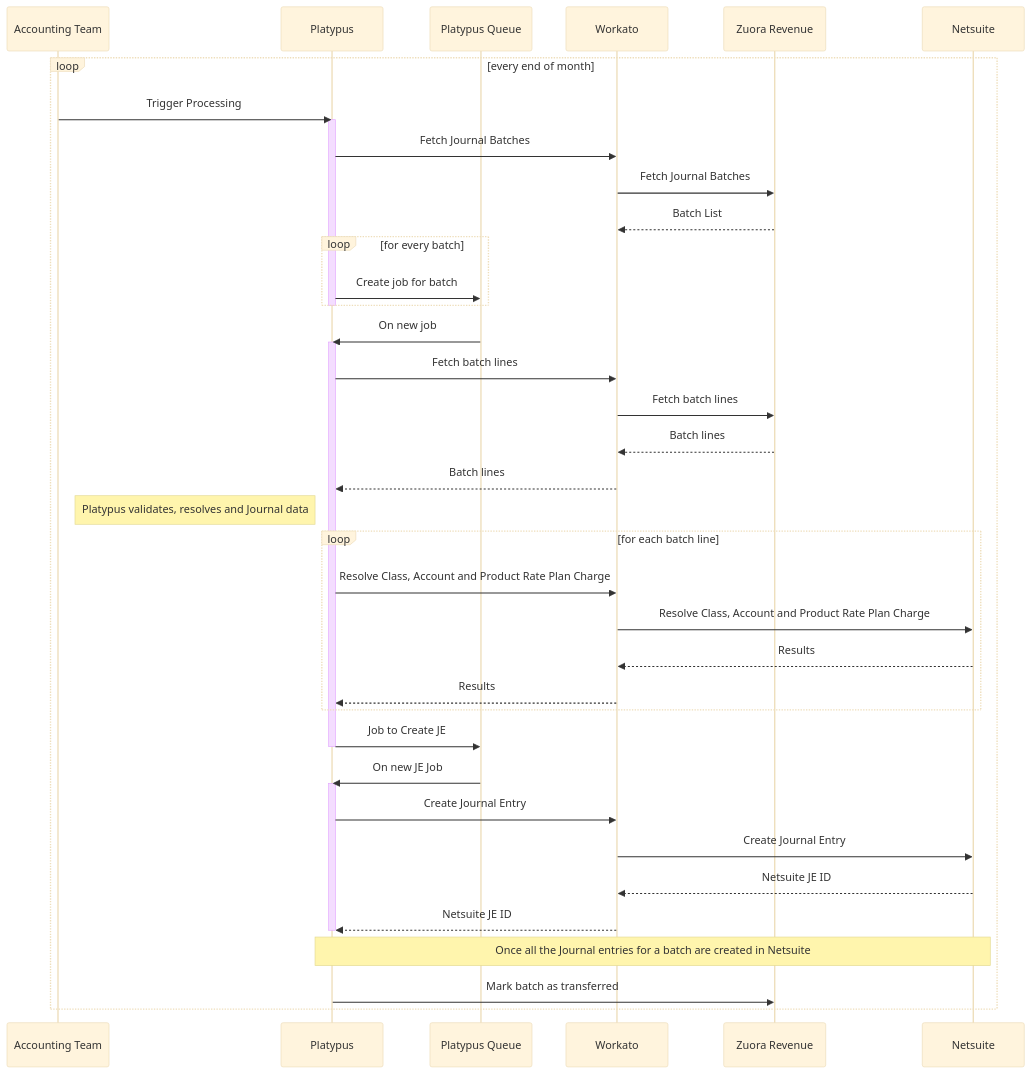
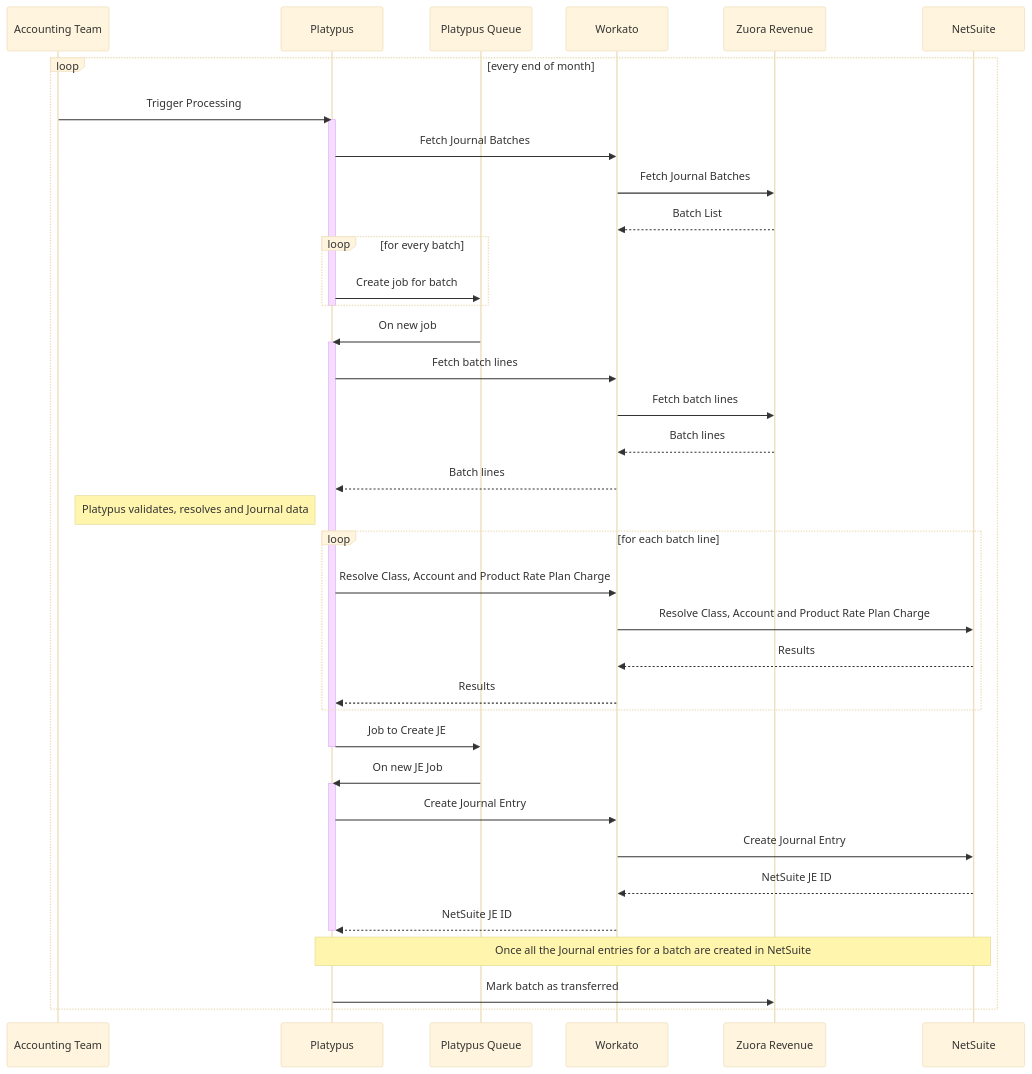
Before and after one commit to secretstartups/handbook: the first of 2 diagrams in business-technology/enterprise-applications/integrations/wiki/integrations-list/zuora-revenue-to-netsuite/index.html.md, drawn with Mermaid (base theme). The commit also changed other lines of this file and 5 other files, not shown here.

````diff
--- a/business-technology/enterprise-applications/integrations/wiki/integrations-list/zuora-revenue-to-netsuite/index.html.md
+++ b/business-technology/enterprise-applications/integrations/wiki/integrations-list/zuora-revenue-to-netsuite/index.html.md
@@ -31,53 +31,53 @@
 ```mermaid
 sequenceDiagram
     participant Accounting Team
     participant Platypus
     participant Platypus Queue
     participant Workato
     participant Zuora Revenue
-    participant Netsuite
+    participant NetSuite
 
     loop every end of month
         % First we receive a trigger from the accounting team
         Accounting Team ->> Platypus: Trigger Processing
         activate Platypus
         Platypus ->> Workato: Fetch Journal Batches
         Workato ->> Zuora Revenue: Fetch Journal Batches
         Zuora Revenue -->> Workato: Batch List
         loop for every batch
             Platypus ->> Platypus Queue: Create job for batch
         end
         deactivate Platypus
 
         % We process batch by batch
         Platypus Queue ->> Platypus: On new job
         activate Platypus
         Platypus ->> Workato: Fetch batch lines
         Workato ->> Zuora Revenue: Fetch batch lines
         Zuora Revenue -->> Workato: Batch lines
         Workato -->> Platypus: Batch lines
 
         Note left of Platypus: Platypus validates, resolves and Journal data
 
         loop for each batch line
             Platypus ->> Workato: Resolve Class, Account and Product Rate Plan Charge
-            Workato ->> Netsuite: Resolve Class, Account and Product Rate Plan Charge
-            Netsuite -->> Workato: Results
+            Workato ->> NetSuite: Resolve Class, Account and Product Rate Plan Charge
+            NetSuite -->> Workato: Results
             Workato -->> Platypus: Results
         end
 
         Platypus ->> Platypus Queue: Job to Create JE
         deactivate Platypus
 
         Platypus Queue ->> Platypus: On new JE Job
         activate Platypus
         Platypus ->> Workato: Create Journal Entry
-        Workato ->> Netsuite: Create Journal Entry
-        Netsuite -->> Workato: Netsuite JE ID
-        Workato -->> Platypus: Netsuite JE ID
+        Workato ->> NetSuite: Create Journal Entry
+        NetSuite -->> Workato: NetSuite JE ID
+        Workato -->> Platypus: NetSuite JE ID
         deactivate Platypus
 
-        Note over Platypus,Netsuite: Once all the Journal entries for a batch are created in Netsuite
+        Note over Platypus,NetSuite: Once all the Journal entries for a batch are created in NetSuite
         Platypus ->> Zuora Revenue: Mark batch as transferred
     end
 ```
````
